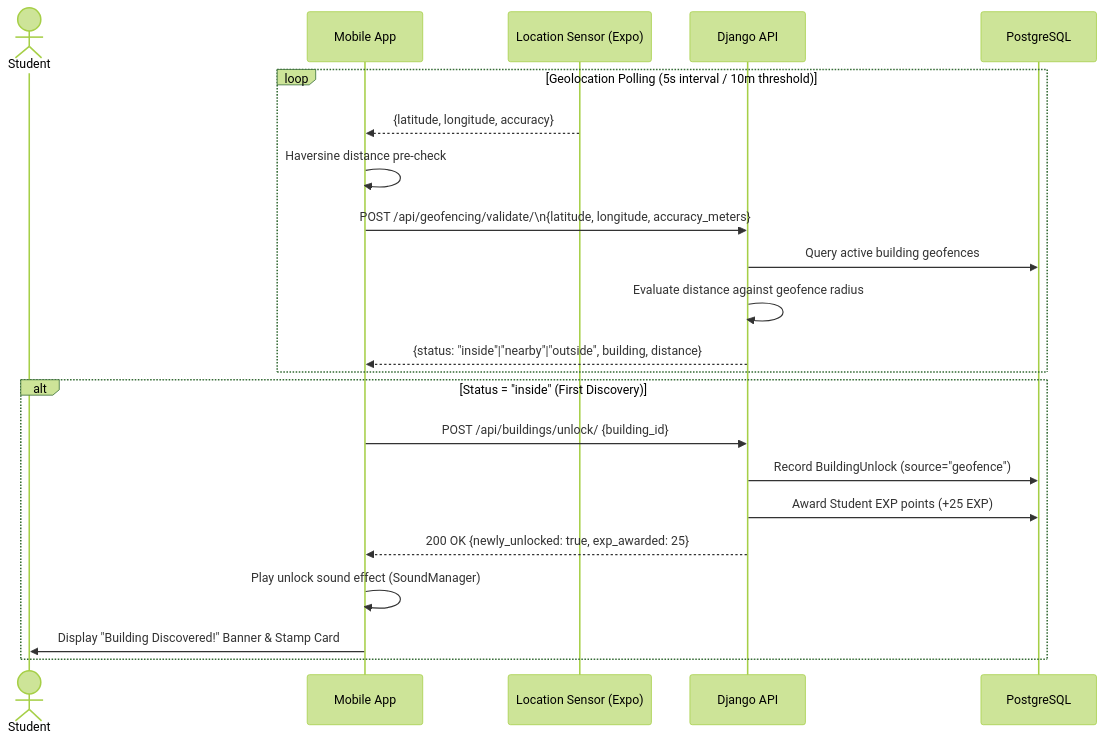
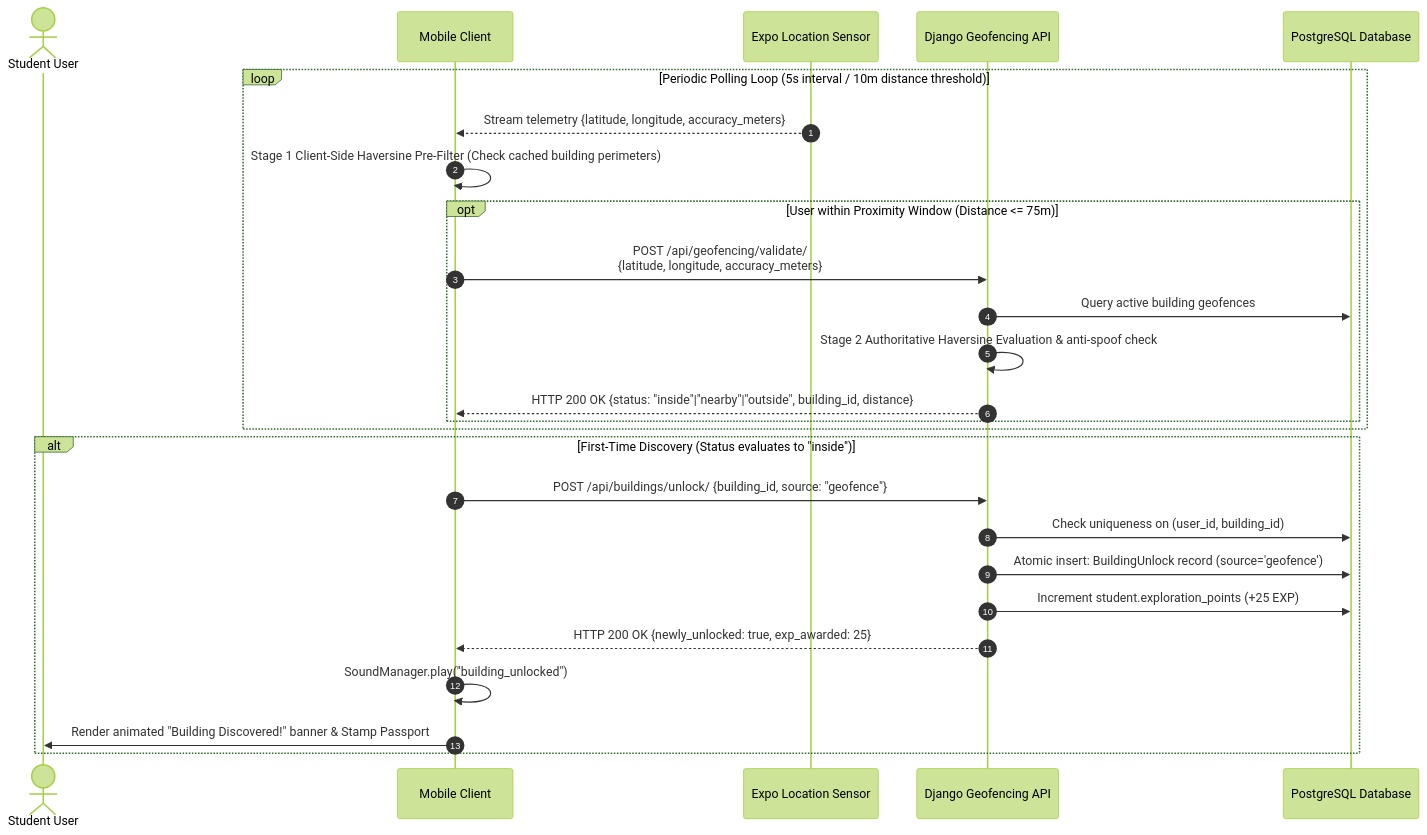
The third of 11 diagrams in data-flow.md (Cipher-Syntax/ARQuest), drawn with Mermaid (forest theme) before and after one commit. The commit also changed other lines of this file and 8 other files, not shown here.

Commit message:
Updated: documentation + diagrams

````diff
--- a/data-flow.md
+++ b/data-flow.md
@@ -79,26 +96,31 @@
 ```mermaid
 sequenceDiagram
-    actor Student
-    participant App as Mobile App
-    participant GPS as Location Sensor (Expo)
-    participant API as Django API
-    participant DB as PostgreSQL
+    autonumber
+    actor Student as Student User
+    participant App as Mobile Client
+    participant GPS as Expo Location Sensor
+    participant API as Django Geofencing API
+    participant DB as PostgreSQL Database
 
-    loop Geolocation Polling (5s interval / 10m threshold)
-        GPS-->>App: {latitude, longitude, accuracy}
-        App->>App: Haversine distance pre-check
-        App->>API: POST /api/geofencing/validate/\n{latitude, longitude, accuracy_meters}
-        API->>DB: Query active building geofences
-        API->>API: Evaluate distance against geofence radius
-        API-->>App: {status: "inside"|"nearby"|"outside", building, distance}
+    loop Periodic Polling Loop (5s interval / 10m distance threshold)
+        GPS-->>App: Stream telemetry {latitude, longitude, accuracy_meters}
+        App->>App: Stage 1 Client-Side Haversine Pre-Filter (Check cached building perimeters)
+        
+        opt User within Proximity Window (Distance <= 75m)
+            App->>API: POST /api/geofencing/validate/<br/>{latitude, longitude, accuracy_meters}
+            API->>DB: Query active building geofences
+            API->>API: Stage 2 Authoritative Haversine Evaluation & anti-spoof check
+            API-->>App: HTTP 200 OK {status: "inside"|"nearby"|"outside", building_id, distance}
+        end
     end
 
-    alt Status = "inside" (First Discovery)
-        App->>API: POST /api/buildings/unlock/ {building_id}
-        API->>DB: Record BuildingUnlock (source="geofence")
-        API->>DB: Award Student EXP points (+25 EXP)
-        API-->>App: 200 OK {newly_unlocked: true, exp_awarded: 25}
-        App->>App: Play unlock sound effect (SoundManager)
-        App->>Student: Display "Building Discovered!" Banner & Stamp Card
+    alt First-Time Discovery (Status evaluates to "inside")
+        App->>API: POST /api/buildings/unlock/ {building_id, source: "geofence"}
+        API->>DB: Check uniqueness on (user_id, building_id)
+        API->>DB: Atomic insert: BuildingUnlock record (source='geofence')
+        API->>DB: Increment student.exploration_points (+25 EXP)
+        API-->>App: HTTP 200 OK {newly_unlocked: true, exp_awarded: 25}
+        App->>App: SoundManager.play("building_unlocked")
+        App->>Student: Render animated "Building Discovered!" banner & Stamp Passport
     end
 ```
````
